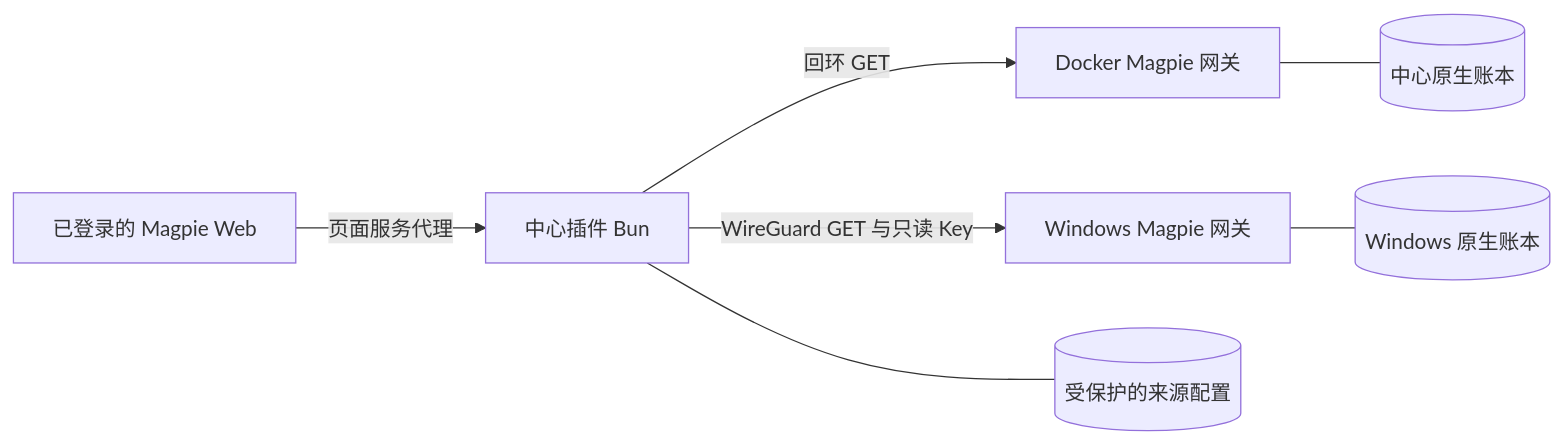
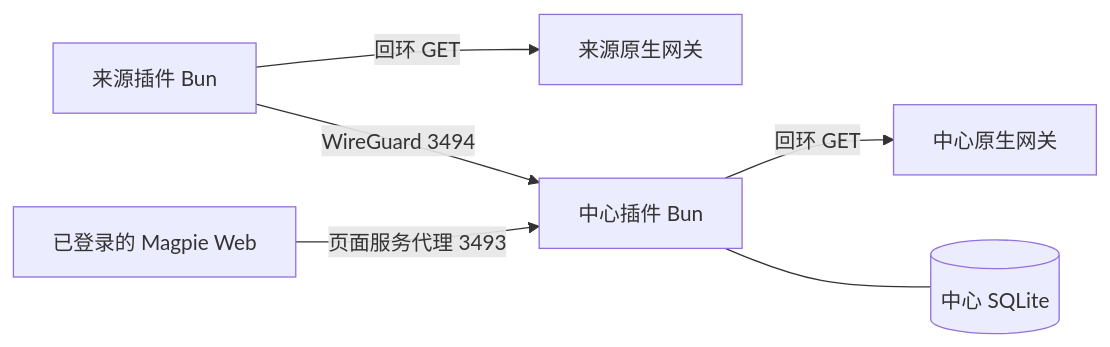
The diagram in docs/03-整体架构与模块职责.md (xiao-xiao-cai/magpie-usage-hub), drawn with Mermaid before and after one commit. The commit also changed other lines of this file and 52 other files, not shown here.

````diff
--- a/docs/03-整体架构与模块职责.md
+++ b/docs/03-整体架构与模块职责.md
@@ -5,9 +5,8 @@
 ```mermaid
 flowchart LR
-    web[已登录的 Magpie Web] -->|页面服务代理| hub[中心插件 Bun]
-    hub -->|回环 GET| center[Docker Magpie 网关]
-    hub -->|WireGuard GET 与只读 Key| source[Windows Magpie 网关]
-    hub --- config[(受保护的来源配置)]
-    center --- centralLedger[(中心原生账本)]
-    source --- localLedger[(Windows 原生账本)]
+    source[来源插件 Bun] -->|回环 GET| gateway[来源原生网关]
+    source -->|WireGuard 3494| hub[中心插件 Bun]
+    hub -->|回环 GET| center[中心原生网关]
+    hub --- ledger[(中心 SQLite)]
+    web[已登录的 Magpie Web] -->|页面服务代理 3493| hub
 ```
````
